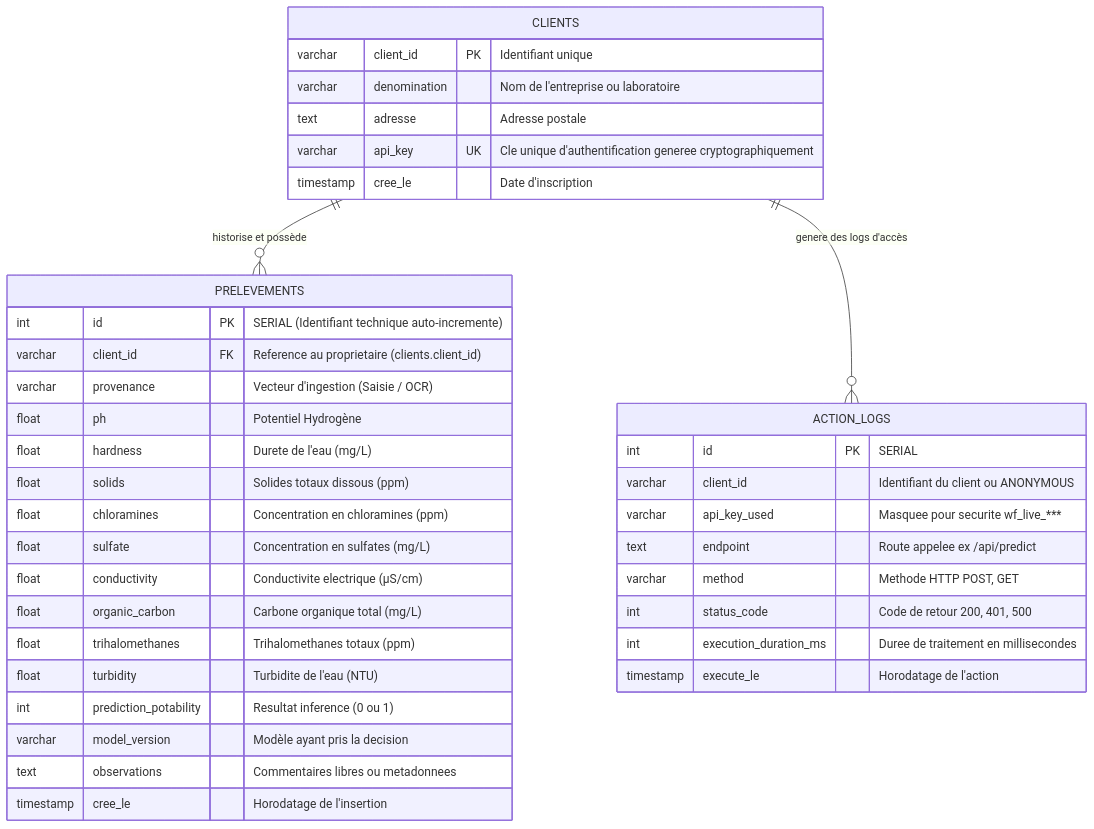
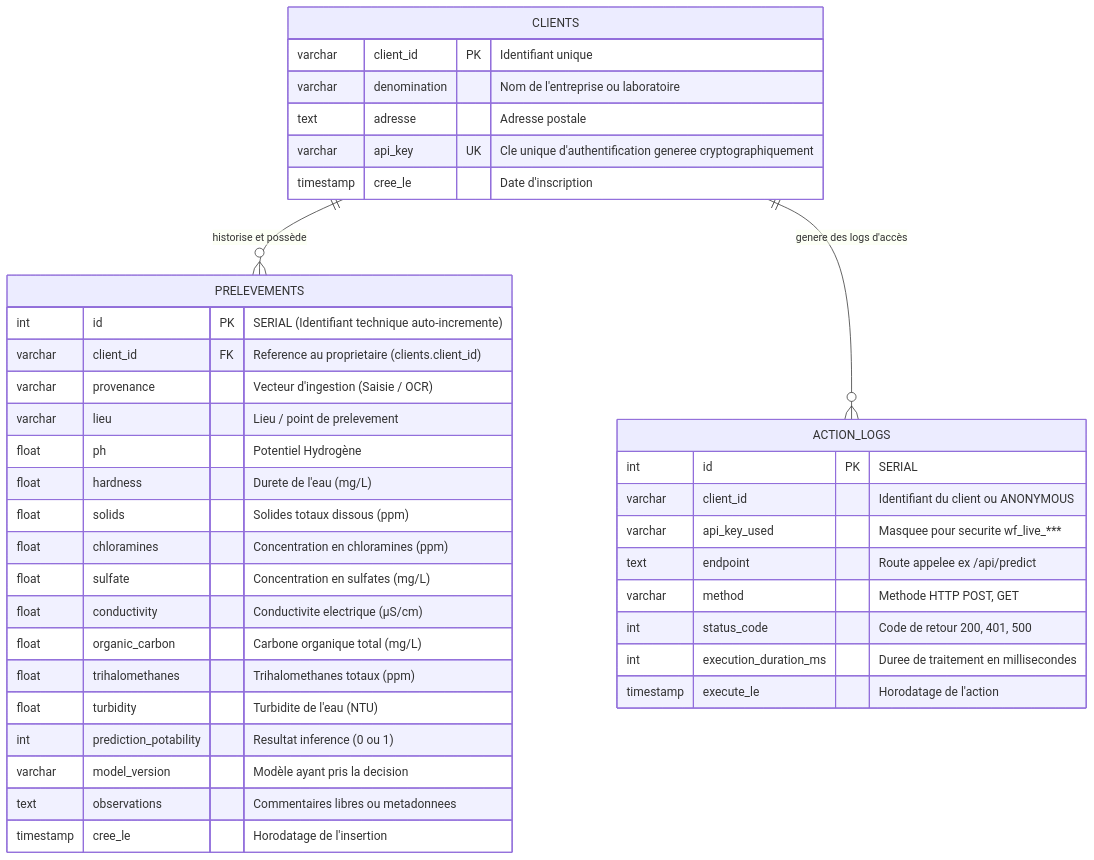
One commit to bruno-coulet/drink_safe changed the diagram in docs/data_model.md. Above: the diagram before and after it, drawn with Mermaid. The commit also changed other lines of this file and 10 other files, not shown here.

````diff
--- a/docs/data_model.md
+++ b/docs/data_model.md
@@ -13,43 +13,44 @@
 ```mermaid
 erDiagram
     CLIENTS {
         varchar client_id PK "Identifiant unique"
         varchar denomination "Nom de l'entreprise ou laboratoire"
         text adresse "Adresse postale"
         varchar api_key UK "Cle unique d'authentification generee cryptographiquement"
         timestamp cree_le "Date d'inscription"
     }
 
     PRELEVEMENTS {
         int id PK "SERIAL (Identifiant technique auto-incremente)"
         varchar client_id FK "Reference au proprietaire (clients.client_id)"
         varchar provenance "Vecteur d'ingestion (Saisie / OCR)"
+        varchar lieu "Lieu / point de prelevement"
         float ph "Potentiel Hydrogène"
         float hardness "Durete de l'eau (mg/L)"
         float solids "Solides totaux dissous (ppm)"
         float chloramines "Concentration en chloramines (ppm)"
         float sulfate "Concentration en sulfates (mg/L)"
         float conductivity "Conductivite electrique (µS/cm)"
         float organic_carbon "Carbone organique total (mg/L)"
         float trihalomethanes "Trihalomethanes totaux (ppm)"
         float turbidity "Turbidite de l'eau (NTU)"
         int prediction_potability "Resultat inference (0 ou 1)"
         varchar model_version "Modèle ayant pris la decision"
         text observations "Commentaires libres ou metadonnees"
         timestamp cree_le "Horodatage de l'insertion"
     }
 
     ACTION_LOGS {
         int id PK "SERIAL"
         varchar client_id "Identifiant du client ou ANONYMOUS"
         varchar api_key_used "Masquee pour securite wf_live_***"
         text endpoint "Route appelee ex /api/predict"
         varchar method "Methode HTTP POST, GET"
         int status_code "Code de retour 200, 401, 500"
         int execution_duration_ms "Duree de traitement en millisecondes"
         timestamp execute_le "Horodatage de l'action"
     }
 
     CLIENTS ||--o{ PRELEVEMENTS : "historise et possède"
     CLIENTS ||--o{ ACTION_LOGS : "genere des logs d'accès"
 ```
````
